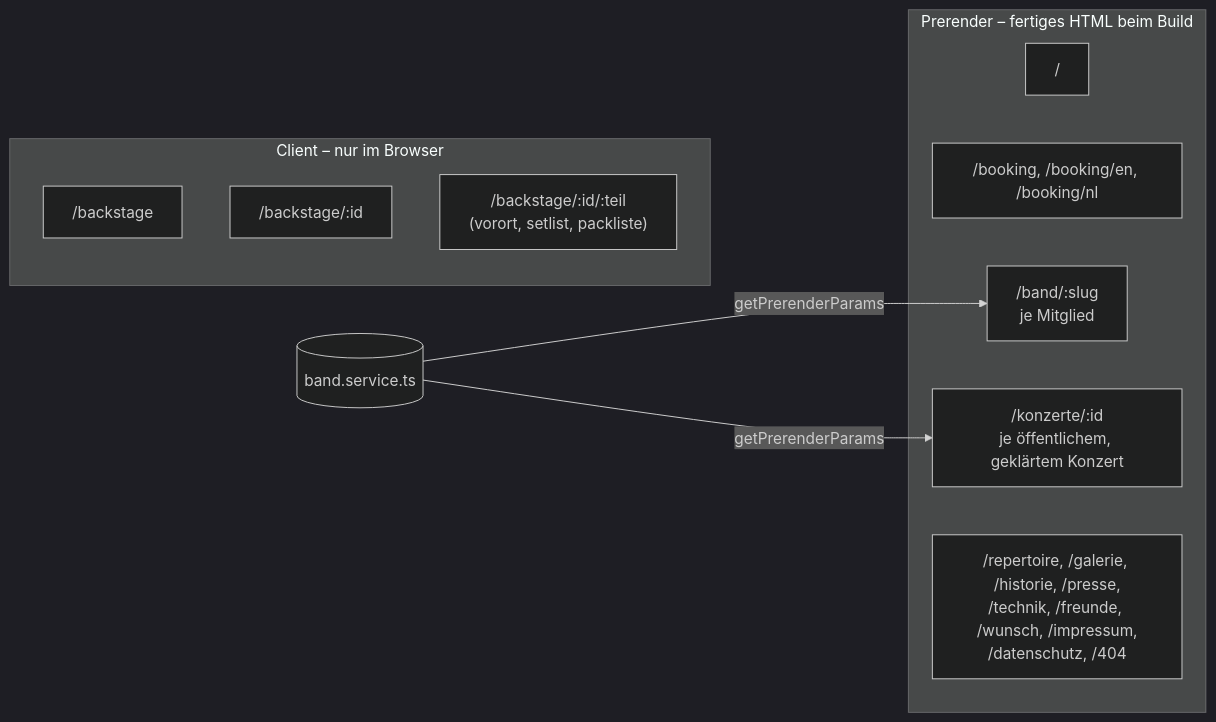
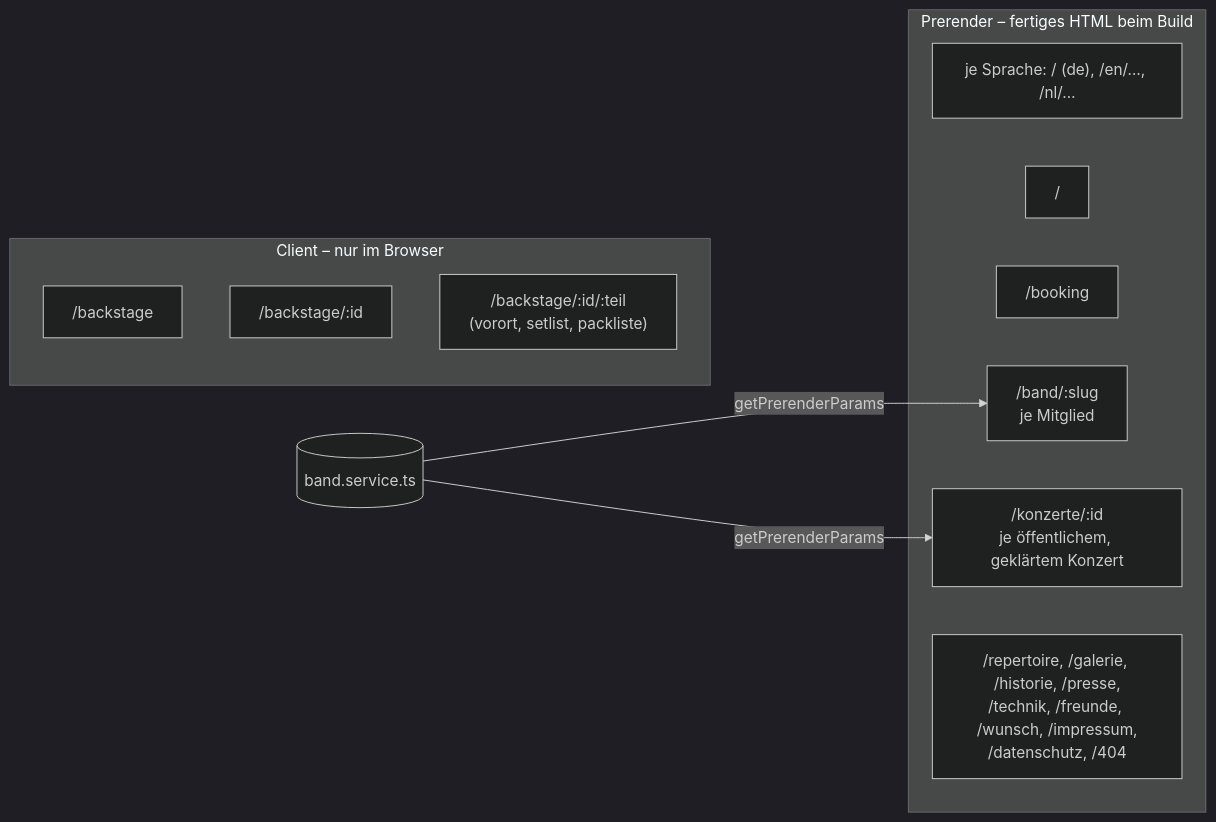
Before and after one commit to Jan-Frederic/Blickfeld-Nord: the third of 14 diagrams in ARCHITECTURE.md, drawn with Mermaid (dark theme). The commit also changed other lines of this file and 15 other files, not shown here.

````diff
--- a/ARCHITECTURE.md
+++ b/ARCHITECTURE.md
@@ -141,16 +142,17 @@
 ```mermaid
 flowchart LR
   subgraph Prerender["Prerender – fertiges HTML beim Build"]
+    L["je Sprache: / (de), /en/…, /nl/…"]
     H["/"]
-    BK["/booking, /booking/en, /booking/nl"]
+    BK["/booking"]
     M["/band/:slug<br/>je Mitglied"]
     K["/konzerte/:id<br/>je öffentlichem, geklärtem Konzert"]
     O["/repertoire, /galerie, /historie, /presse,<br/>/technik, /freunde, /wunsch, /impressum,<br/>/datenschutz, /404"]
   end
   subgraph Client["Client – nur im Browser"]
     B1["/backstage"]
     B2["/backstage/:id"]
     B3["/backstage/:id/:teil<br/>(vorort, setlist, packliste)"]
   end
   BSV[("band.service.ts")] -- "getPrerenderParams" --> M & K
 ```
````
